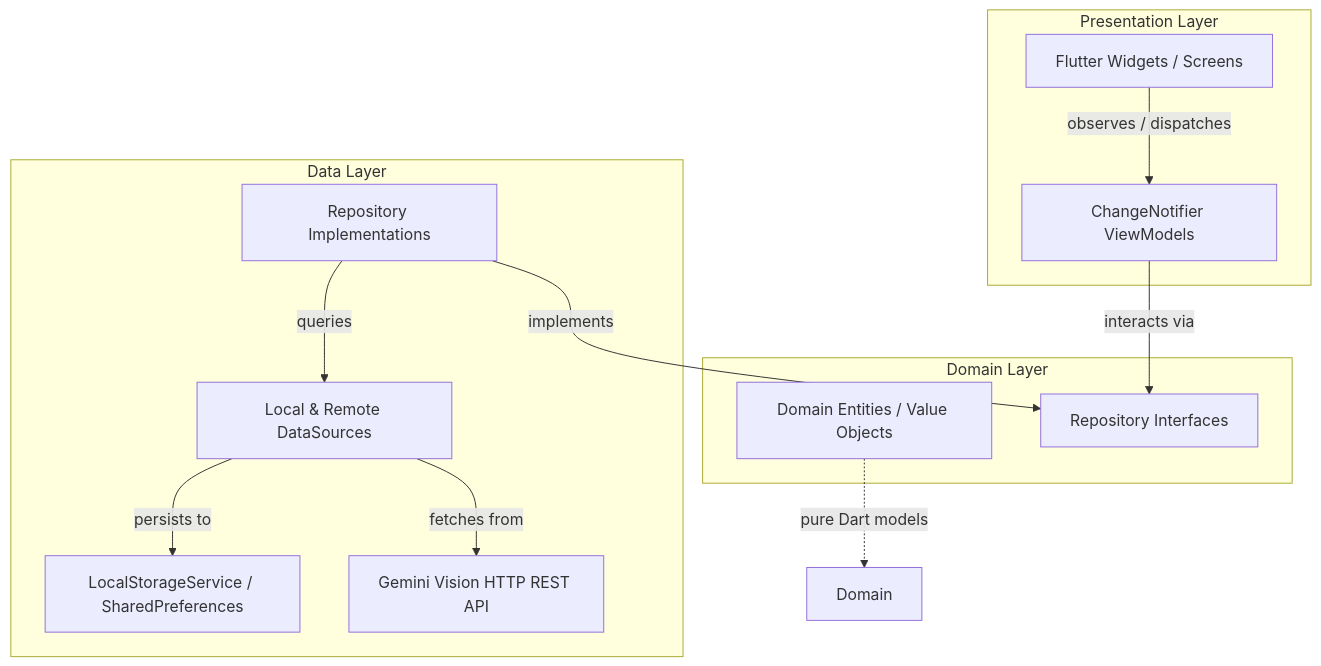
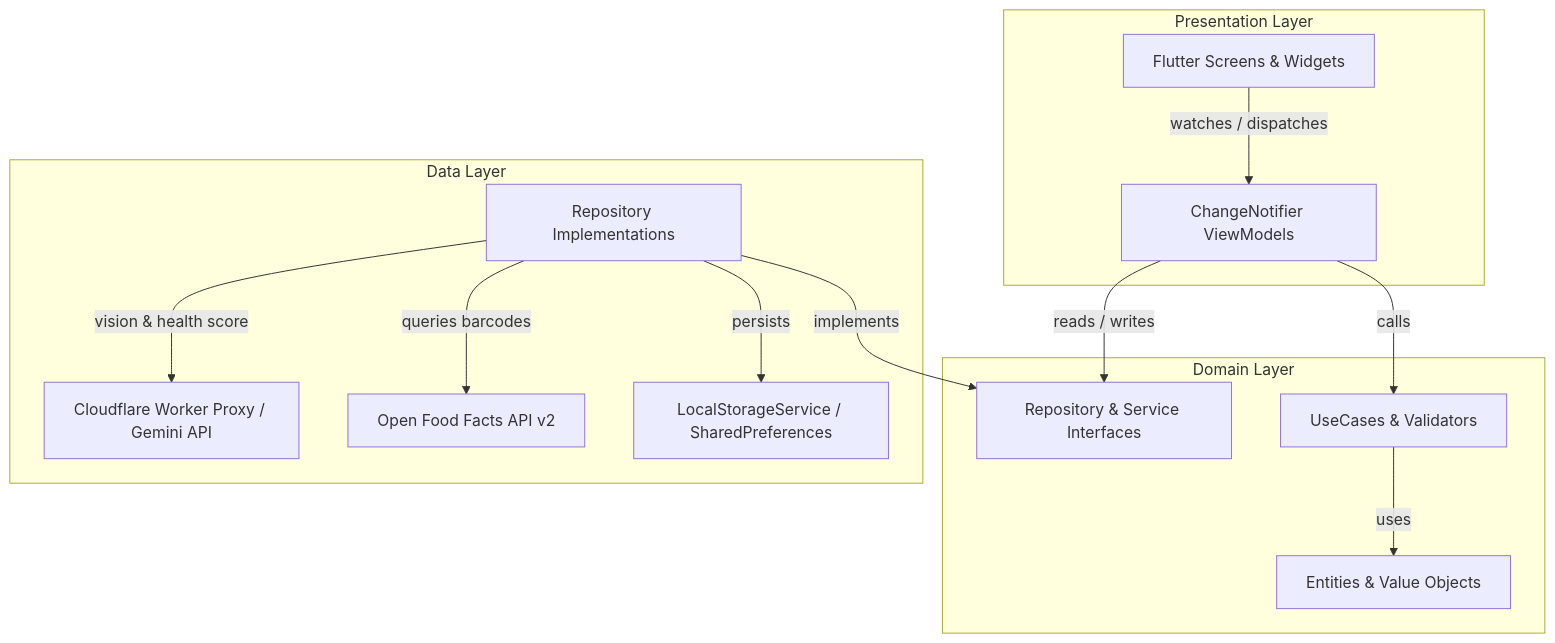
One commit to TobiShakur/nutrilens-ai-tracker changed the diagram in README.md. Above: the diagram before and after it, drawn with Mermaid. The commit also changed other lines of this file, not shown here.

Commit message:
docs: update README with pantry flow, Cloudflare proxy, and web demo

````diff
--- a/README.md
+++ b/README.md
@@ -49,27 +110,29 @@
 ```mermaid
 graph TD
     subgraph Presentation Layer
-        UI[Flutter Widgets / Screens]
+        UI[Flutter Screens & Widgets]
         VM[ChangeNotifier ViewModels]
     end
 
     subgraph Domain Layer
-        Entities[Domain Entities / Value Objects]
-        RepoInterfaces[Repository Interfaces]
+        UC[UseCases & Validators]
+        Entities[Entities & Value Objects]
+        RepoContracts[Repository & Service Interfaces]
     end
 
     subgraph Data Layer
         RepoImpl[Repository Implementations]
-        DataSources[Local & Remote DataSources]
-        Storage[LocalStorageService / SharedPreferences]
-        Gemini[Gemini Vision HTTP REST API]
+        LocalDS[LocalStorageService / SharedPreferences]
+        OFF[Open Food Facts API v2]
+        Proxy[Cloudflare Worker Proxy / Gemini API]
     end
 
-    UI -->|observes / dispatches| VM
-    VM -->|interacts via| RepoInterfaces
-    RepoImpl -->|implements| RepoInterfaces
-    RepoImpl -->|queries| DataSources
-    DataSources -->|persists to| Storage
-    DataSources -->|fetches from| Gemini
-    Entities -.->|pure Dart models| Domain
+    UI -->|watches / dispatches| VM
+    VM -->|calls| UC
+    VM -->|reads / writes| RepoContracts
+    UC -->|uses| Entities
+    RepoImpl -->|implements| RepoContracts
+    RepoImpl -->|persists| LocalDS
+    RepoImpl -->|queries barcodes| OFF
+    RepoImpl -->|vision & health score| Proxy
 ```
````
